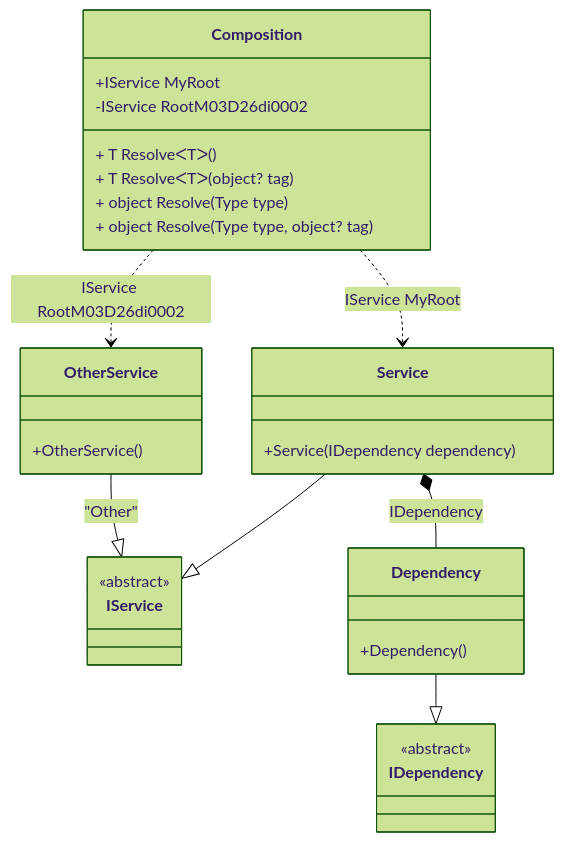
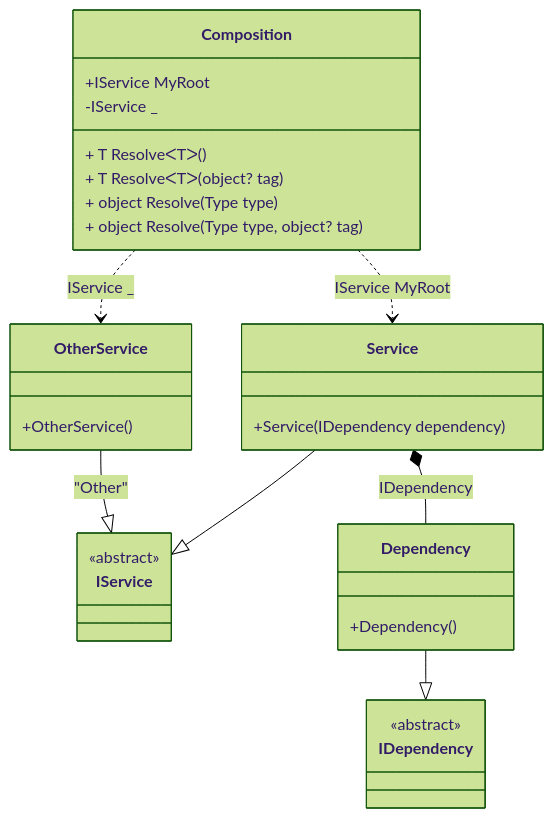
The diagram in readme/composition-roots-simplified.md (DevTeam/Pure.DI), drawn with Mermaid (forest theme) before and after one commit. The commit also changed other lines of this file and 93 other files, not shown here.

````diff
--- a/readme/composition-roots-simplified.md
+++ b/readme/composition-roots-simplified.md
@@ -43,32 +45,32 @@
 ```mermaid
 classDiagram
   class Composition {
     +IService MyRoot
-    -IService RootM03D26di0002
+    -IService _
     + T ResolveᐸTᐳ()
     + T ResolveᐸTᐳ(object? tag)
     + object Resolve(Type type)
     + object Resolve(Type type, object? tag)
   }
   Service --|> IService : 
   class Service {
     +Service(IDependency dependency)
   }
   OtherService --|> IService : "Other" 
   class OtherService {
     +OtherService()
   }
   Dependency --|> IDependency : 
   class Dependency {
     +Dependency()
   }
   class IService {
     <<abstract>>
   }
   class IDependency {
     <<abstract>>
   }
   Service *--  Dependency : IDependency
   Composition ..> Service : IService MyRoot
-  Composition ..> OtherService : IService RootM03D26di0002
+  Composition ..> OtherService : IService _
 ```
````
